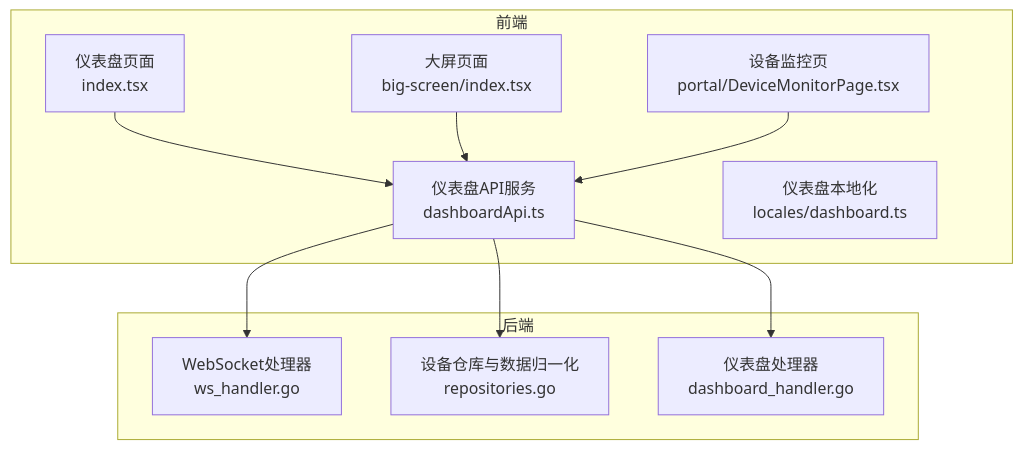
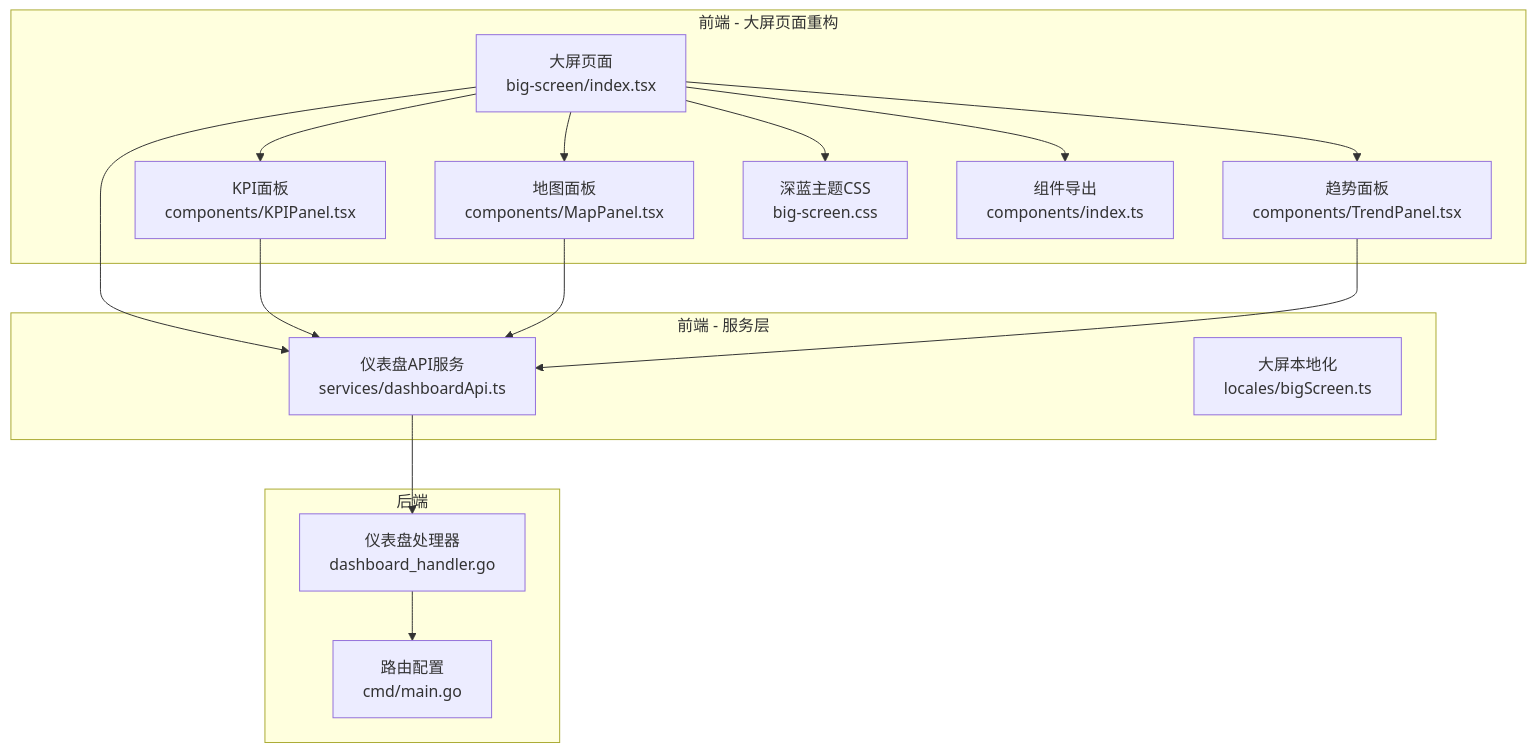
The first of 5 diagrams in .qoder/repowiki/zh/content/移动端应用/仪表盘模块.md (mcmrzy/cs_inv_monitor-develop), drawn with Mermaid before and after one commit. The commit also changed other lines of this file and 28 other files, not shown here.

````diff
--- a/.qoder/repowiki/zh/content/移动端应用/仪表盘模块.md
+++ b/.qoder/repowiki/zh/content/移动端应用/仪表盘模块.md
@@ -39,21 +58,30 @@
 ```mermaid
 graph TB
-subgraph "前端"
-DPage["仪表盘页面<br/>index.tsx"]
-BSPage["大屏页面<br/>big-screen/index.tsx"]
-DMPage["设备监控页<br/>portal/DeviceMonitorPage.tsx"]
-DA["仪表盘API服务<br/>dashboardApi.ts"]
-Locale["仪表盘本地化<br/>locales/dashboard.ts"]
+subgraph "前端 - 大屏页面重构"
+BigScreen["大屏页面<br/>big-screen/index.tsx"]
+KPIPanel["KPI面板<br/>components/KPIPanel.tsx"]
+MapPanel["地图面板<br/>components/MapPanel.tsx"]
+TrendPanel["趋势面板<br/>components/TrendPanel.tsx"]
+CSS["深蓝主题CSS<br/>big-screen.css"]
+ComponentsIndex["组件导出<br/>components/index.ts"]
+end
+subgraph "前端 - 服务层"
+DashboardAPI["仪表盘API服务<br/>services/dashboardApi.ts"]
+BigScreenLocales["大屏本地化<br/>locales/bigScreen.ts"]
 end
 subgraph "后端"
-WS["WebSocket处理器<br/>ws_handler.go"]
-Repo["设备仓库与数据归一化<br/>repositories.go"]
-DH["仪表盘处理器<br/>dashboard_handler.go"]
+DashboardHandler["仪表盘处理器<br/>dashboard_handler.go"]
+MainRoutes["路由配置<br/>cmd/main.go"]
 end
-DPage --> DA
-BSPage --> DA
-DMPage --> DA
-DA --> WS
-DA --> Repo
-DA --> DH
+BigScreen --> KPIPanel
+BigScreen --> MapPanel
+BigScreen --> TrendPanel
+BigScreen --> CSS
+BigScreen --> ComponentsIndex
+BigScreen --> DashboardAPI
+KPIPanel --> DashboardAPI
+MapPanel --> DashboardAPI
+TrendPanel --> DashboardAPI
+DashboardAPI --> DashboardHandler
+DashboardHandler --> MainRoutes
 ```
````
